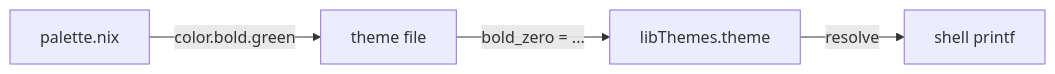
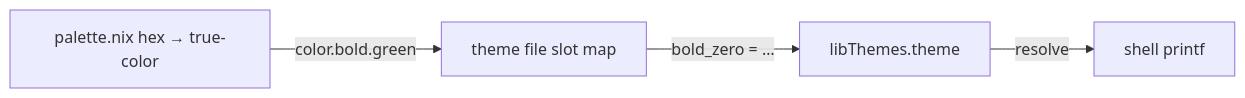
The second of 3 diagrams in themes/README.md (cig0/nix-batteries), drawn with Mermaid before and after one commit. The commit also changed other lines of this file and 12 other files, not shown here.

First line of the commit message:
feat(themes): migrate from ANSI to true-color hex-based palette system

````diff
--- a/themes/README.md
+++ b/themes/README.md
@@ -219,6 +249,6 @@
 ```mermaid
 graph LR
-    A[palette.nix] -->|color.bold.green| B[theme file]
-    B -->|bold_zero = ...| C[libThemes.theme]
-    C -->|resolve| D[shell printf]
+    A["palette.nix hex → true-color"] -->|"color.bold.green"| B["theme file slot map"]
+    B -->|"bold_zero = …"| C["libThemes.theme"]
+    C -->|resolve| D["shell printf"]
 ```
````
